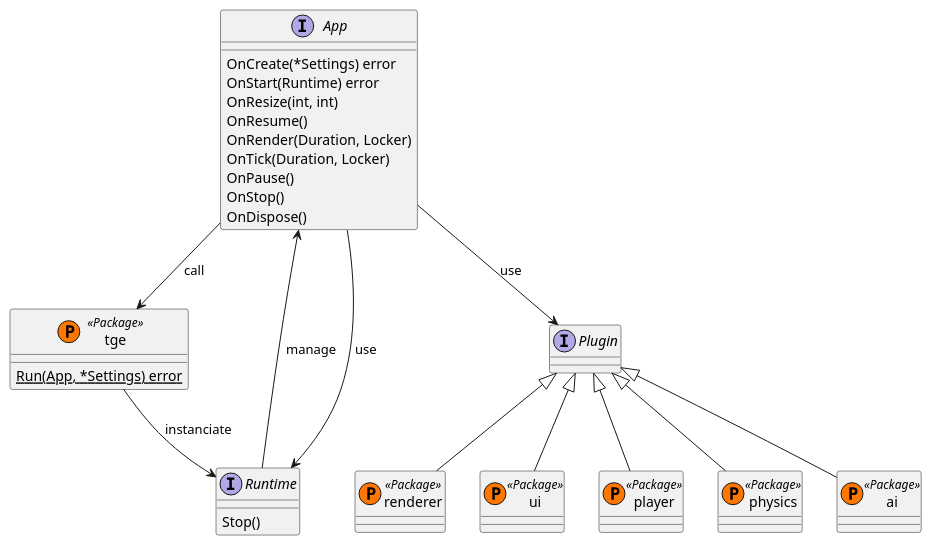
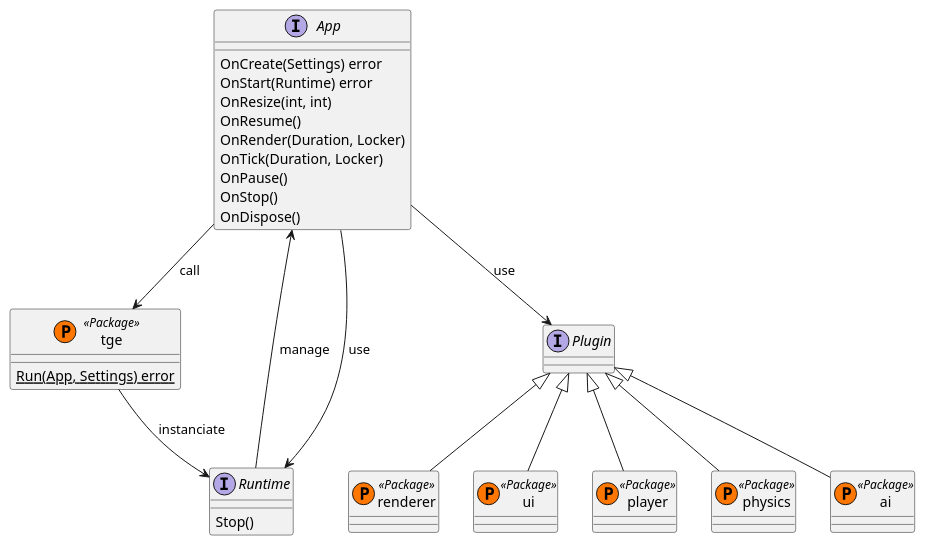
One commit to Thommil/tge changed the diagram in specs/api.puml. Above: the diagram before and after it, drawn with PlantUML. The commit also changed 1 other file, not shown here.

```diff
--- a/specs/api.puml
+++ b/specs/api.puml
@@ -2,51 +2,51 @@
 @startuml API
 ' Components
 interface App {
-    OnCreate(*Settings) error
+    OnCreate(Settings) error
     OnStart(Runtime) error
     OnResize(int, int)
     OnResume()
     OnRender(Duration, Locker)
     OnTick(Duration, Locker)
     OnPause()
     OnStop()
     OnDispose()
 }
 
 class tge << (P,#FF7700) Package >> {
-    {static} Run(App, *Settings) error
+    {static} Run(App, Settings) error
 }
 
 interface Runtime {
     Stop()
 }
 
 interface Plugin{
 }
 
 class renderer << (P,#FF7700) Package >> {
 }
 class ui << (P,#FF7700) Package >> {
 }
 class player << (P,#FF7700) Package >> {
 }
 class physics << (P,#FF7700) Package >> {
 }
 class ai << (P,#FF7700) Package >> {
 }
 
 ' Relations
 App --> tge : call
 tge --> Runtime : instanciate
 App <-- Runtime : manage
 App --> Runtime : use
 App --> Plugin : use
 
 Plugin <|-- renderer
 Plugin <|-- player
 Plugin <|-- ui
 Plugin <|-- physics
 Plugin <|-- ai
 
 
 @enduml
```
